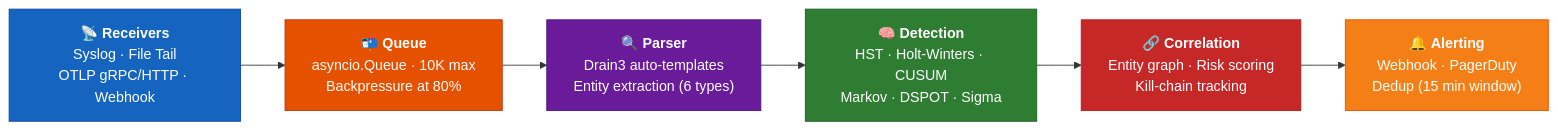
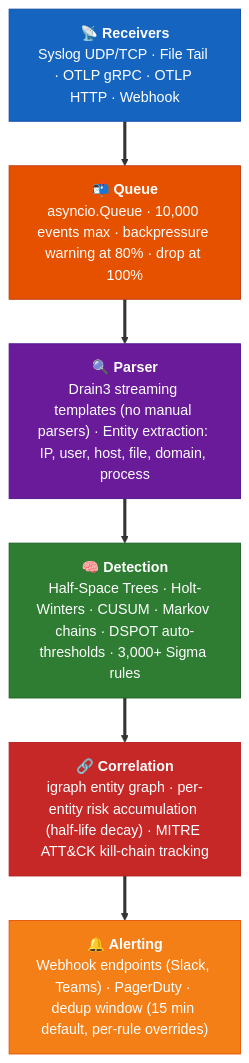
Before and after one commit to seerflow/seerflow-guide: the diagram in docs/architecture/index.md, drawn with Mermaid. The commit also changed 3 other files, not shown here.

First line of the commit message:
fix: larger Pipeline Overview (vertical layout) + fullscreen modal for all diagrams

````diff
--- a/docs/architecture/index.md
+++ b/docs/architecture/index.md
@@ -33,18 +33,18 @@
 ```mermaid
-graph LR
-    A["📡 <b>Receivers</b><br/>Syslog · File Tail<br/>OTLP gRPC/HTTP · Webhook"]
-    B["📬 <b>Queue</b><br/>asyncio.Queue · 10K max<br/>Backpressure at 80%"]
-    C["🔍 <b>Parser</b><br/>Drain3 auto-templates<br/>Entity extraction (6 types)"]
-    D["🧠 <b>Detection</b><br/>HST · Holt-Winters · CUSUM<br/>Markov · DSPOT · Sigma"]
-    E["🔗 <b>Correlation</b><br/>Entity graph · Risk scoring<br/>Kill-chain tracking"]
-    F["🔔 <b>Alerting</b><br/>Webhook · PagerDuty<br/>Dedup (15 min window)"]
+graph TD
+    A["📡 <b>Receivers</b><br/>Syslog UDP/TCP · File Tail · OTLP gRPC · OTLP HTTP · Webhook"]
+    B["📬 <b>Queue</b><br/>asyncio.Queue · 10,000 events max · backpressure warning at 80% · drop at 100%"]
+    C["🔍 <b>Parser</b><br/>Drain3 streaming templates (no manual parsers) · Entity extraction: IP, user, host, file, domain, process"]
+    D["🧠 <b>Detection</b><br/>Half-Space Trees · Holt-Winters · CUSUM · Markov chains · DSPOT auto-thresholds · 3,000+ Sigma rules"]
+    E["🔗 <b>Correlation</b><br/>igraph entity graph · per-entity risk accumulation (half-life decay) · MITRE ATT&CK kill-chain tracking"]
+    F["🔔 <b>Alerting</b><br/>Webhook endpoints (Slack, Teams) · PagerDuty · dedup window (15 min default, per-rule overrides)"]
 
-    A --> B --> C --> D --> E --> F
+    A ==> B ==> C ==> D ==> E ==> F
 
     style A fill:#1565c0,stroke:#0d47a1,color:#fff
     style B fill:#e65100,stroke:#bf360c,color:#fff
     style C fill:#6a1b9a,stroke:#4a148c,color:#fff
     style D fill:#2e7d32,stroke:#1b5e20,color:#fff
     style E fill:#c62828,stroke:#b71c1c,color:#fff
     style F fill:#f57f17,stroke:#e65100,color:#fff
 ```
````
